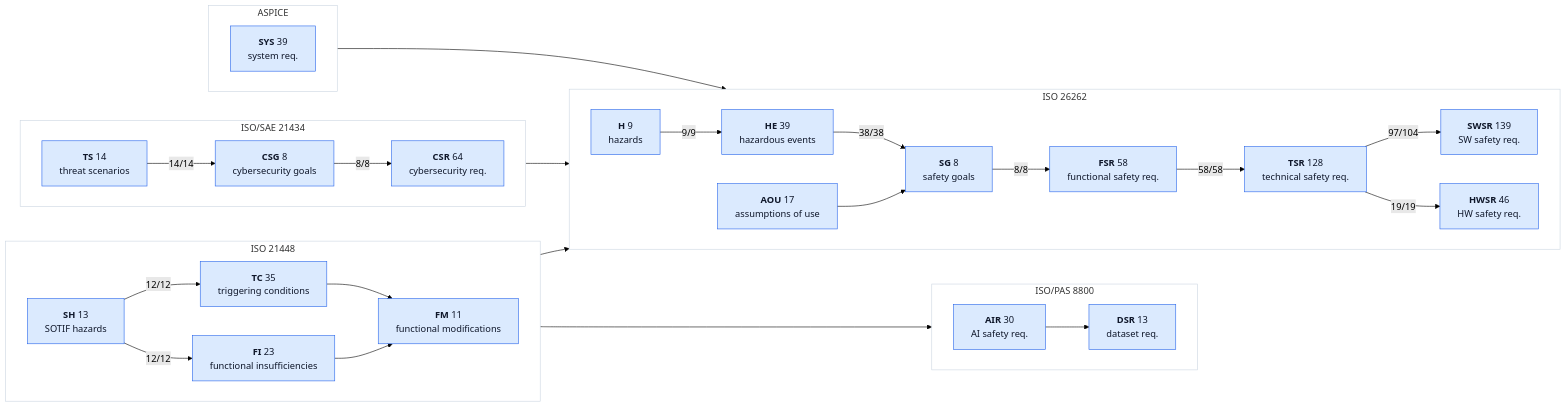
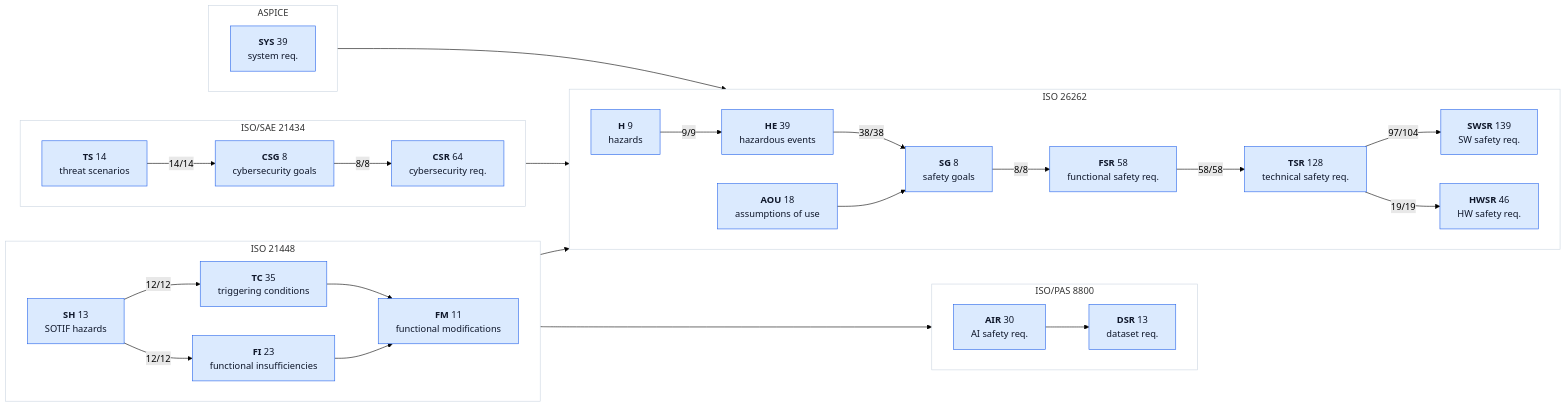
Before and after one commit to jherrodthomas/LionDriver: the second of 2 diagrams in assurance/trace/maps/aspice-trace-map.md, drawn with Mermaid (forest theme). The commit also changed other lines of this file and 16 other files, not shown here.

````diff
--- a/assurance/trace/maps/aspice-trace-map.md
+++ b/assurance/trace/maps/aspice-trace-map.md
@@ -188,61 +188,61 @@
 ```mermaid
 flowchart LR
   subgraph ISO26262["ISO 26262"]
     direction LR
     kH["<b>H</b> 9<br/>hazards"]:::traced
     kHE["<b>HE</b> 39<br/>hazardous events"]:::traced
     kSG["<b>SG</b> 8<br/>safety goals"]:::traced
     kFSR["<b>FSR</b> 58<br/>functional safety req."]:::traced
     kTSR["<b>TSR</b> 128<br/>technical safety req."]:::traced
     kSWSR["<b>SWSR</b> 139<br/>SW safety req."]:::traced
     kHWSR["<b>HWSR</b> 46<br/>HW safety req."]:::traced
-    kAOU["<b>AOU</b> 17<br/>assumptions of use"]:::traced
+    kAOU["<b>AOU</b> 18<br/>assumptions of use"]:::traced
   end
   style ISO26262 fill:#FFFFFF,stroke:#CBD5E1
   subgraph ISO21448["ISO 21448"]
     direction LR
     kSH["<b>SH</b> 13<br/>SOTIF hazards"]:::traced
     kTC["<b>TC</b> 35<br/>triggering conditions"]:::traced
     kFI["<b>FI</b> 23<br/>functional insufficiencies"]:::traced
     kFM["<b>FM</b> 11<br/>functional modifications"]:::traced
   end
   style ISO21448 fill:#FFFFFF,stroke:#CBD5E1
   subgraph ISOPAS8800["ISO/PAS 8800"]
     direction LR
     kAIR["<b>AIR</b> 30<br/>AI safety req."]:::traced
     kDSR["<b>DSR</b> 13<br/>dataset req."]:::traced
   end
   style ISOPAS8800 fill:#FFFFFF,stroke:#CBD5E1
   subgraph ISOSAE21434["ISO/SAE 21434"]
     direction LR
     kTS["<b>TS</b> 14<br/>threat scenarios"]:::traced
     kCSG["<b>CSG</b> 8<br/>cybersecurity goals"]:::traced
     kCSR["<b>CSR</b> 64<br/>cybersecurity req."]:::traced
   end
   style ISOSAE21434 fill:#FFFFFF,stroke:#CBD5E1
   subgraph ASPICE["ASPICE"]
     direction LR
     kSYS["<b>SYS</b> 39<br/>system req."]:::traced
   end
   style ASPICE fill:#FFFFFF,stroke:#CBD5E1
   kH -->|"9/9"| kHE
   kHE -->|"38/38"| kSG
   kSG -->|"8/8"| kFSR
   kFSR -->|"58/58"| kTSR
   kTSR -->|"97/104"| kSWSR
   kTSR -->|"19/19"| kHWSR
   kAOU --> kSG
   kSH -->|"12/12"| kTC
   kSH -->|"12/12"| kFI
   kTC --> kFM
   kFI --> kFM
   kSH --> kH
   kFI --> kAIR
   kAIR --> kDSR
   kTS -->|"14/14"| kCSG
   kCSG -->|"8/8"| kCSR
   kCSG --> kSG
   kSYS --> kTSR
   classDef traced fill:#DBEAFE,stroke:#2563EB,color:#0F172A
   classDef doc fill:#F1F5F9,stroke:#94A3B8,stroke-dasharray:4 3,color:#475569
 ```
````
